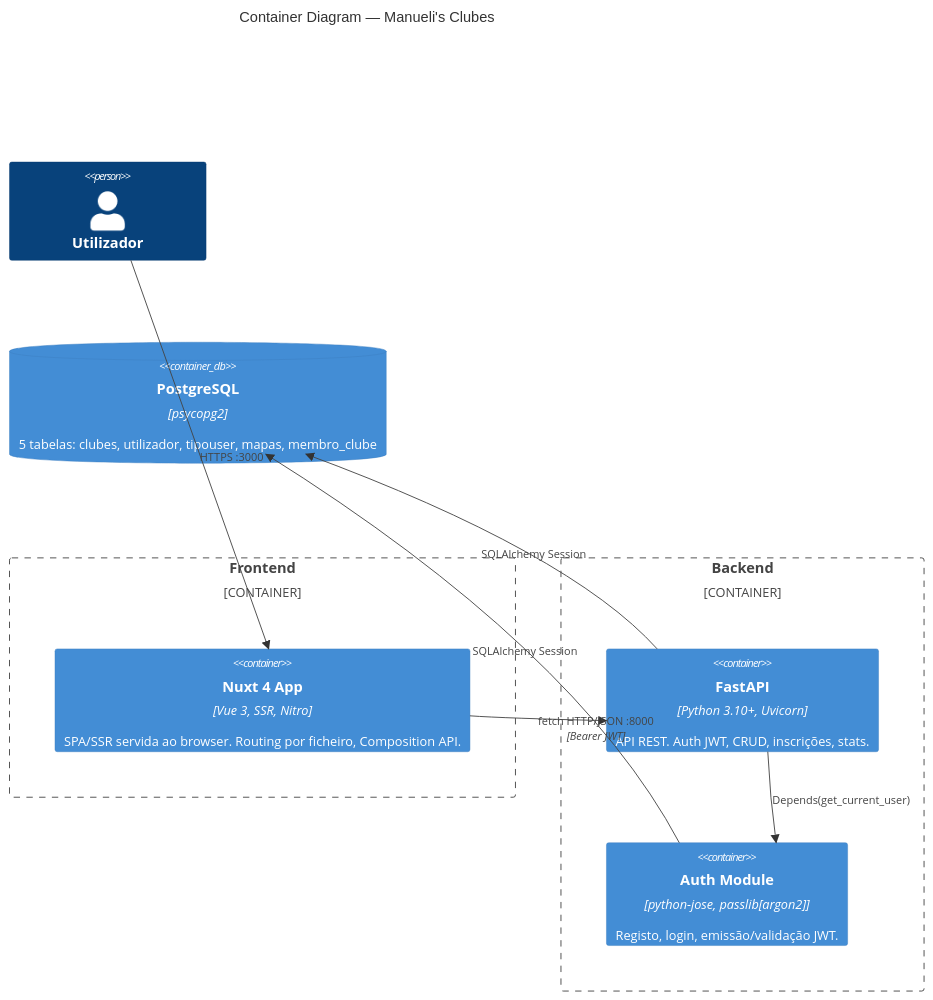
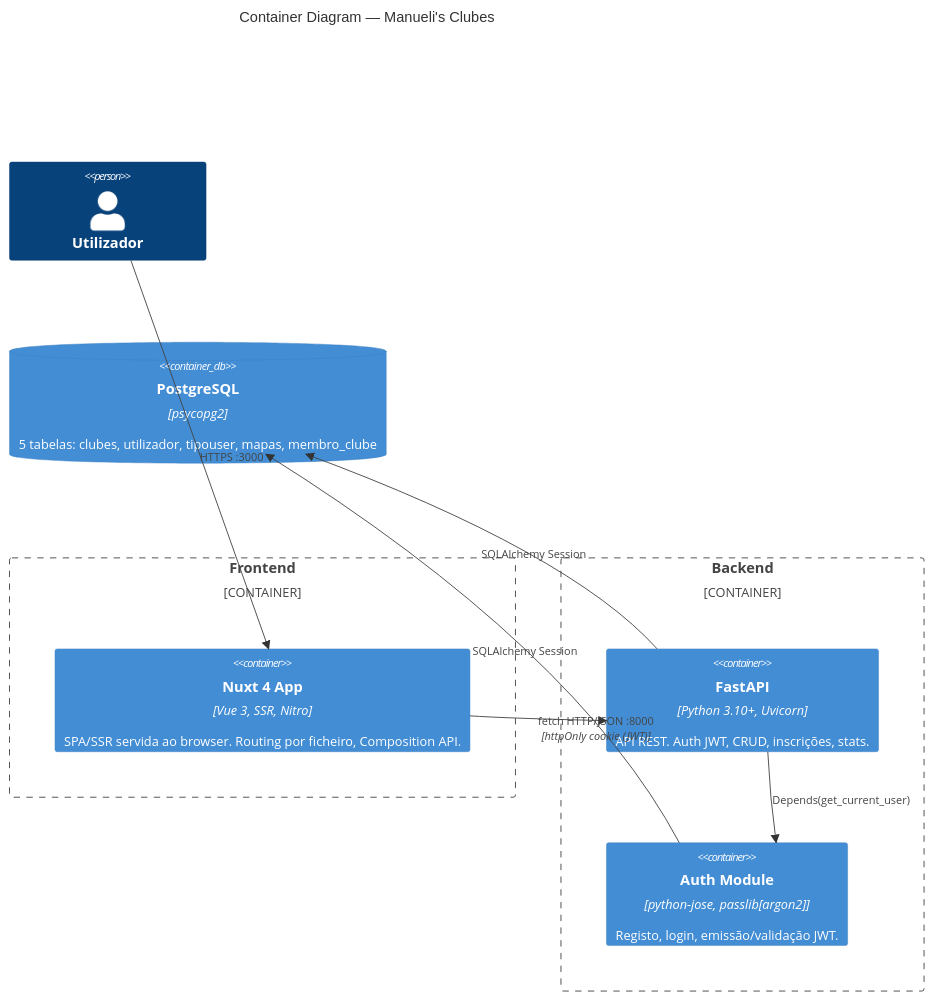
Before and after one commit to Wand-DenaXy/-Manueli-s-Clubes: the second of 9 diagrams in README.md, drawn with Mermaid. The commit also changed other lines of this file and 20 other files, not shown here.

````diff
--- a/README.md
+++ b/README.md
@@ -42,23 +42,23 @@
 ```mermaid
 C4Container
     title Container Diagram — Manueli's Clubes
 
     Person(user, "Utilizador")
 
     Container_Boundary(frontend, "Frontend") {
         Container(nuxt, "Nuxt 4 App", "Vue 3, SSR, Nitro", "SPA/SSR servida ao browser. Routing por ficheiro, Composition API.")
     }
 
     Container_Boundary(backend, "Backend") {
         Container(api, "FastAPI", "Python 3.10+, Uvicorn", "API REST. Auth JWT, CRUD, inscrições, stats.")
         Container(auth_mod, "Auth Module", "python-jose, passlib[argon2]", "Registo, login, emissão/validação JWT.")
     }
 
     ContainerDb(db, "PostgreSQL", "psycopg2", "5 tabelas: clubes, utilizador, tipouser, mapas, membro_clube")
 
     Rel(user, nuxt, "HTTPS :3000")
-    Rel(nuxt, api, "fetch HTTP/JSON :8000", "Bearer JWT")
+    Rel(nuxt, api, "fetch HTTP/JSON :8000", "httpOnly cookie (JWT)")
     Rel(api, auth_mod, "Depends(get_current_user)")
     Rel(api, db, "SQLAlchemy Session")
     Rel(auth_mod, db, "SQLAlchemy Session")
 ```
````
